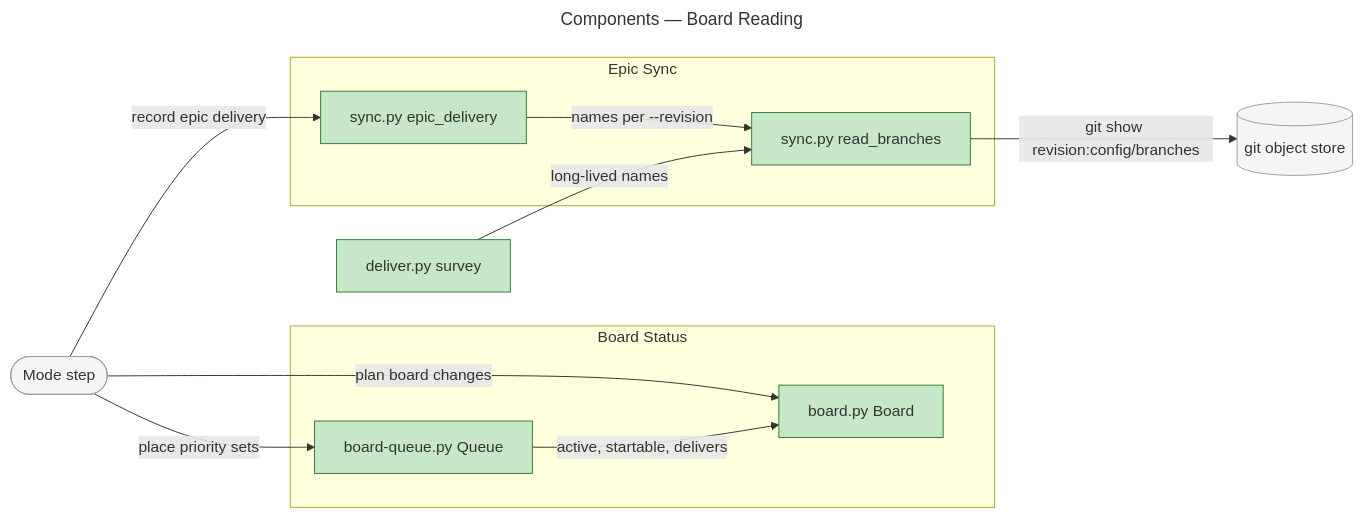
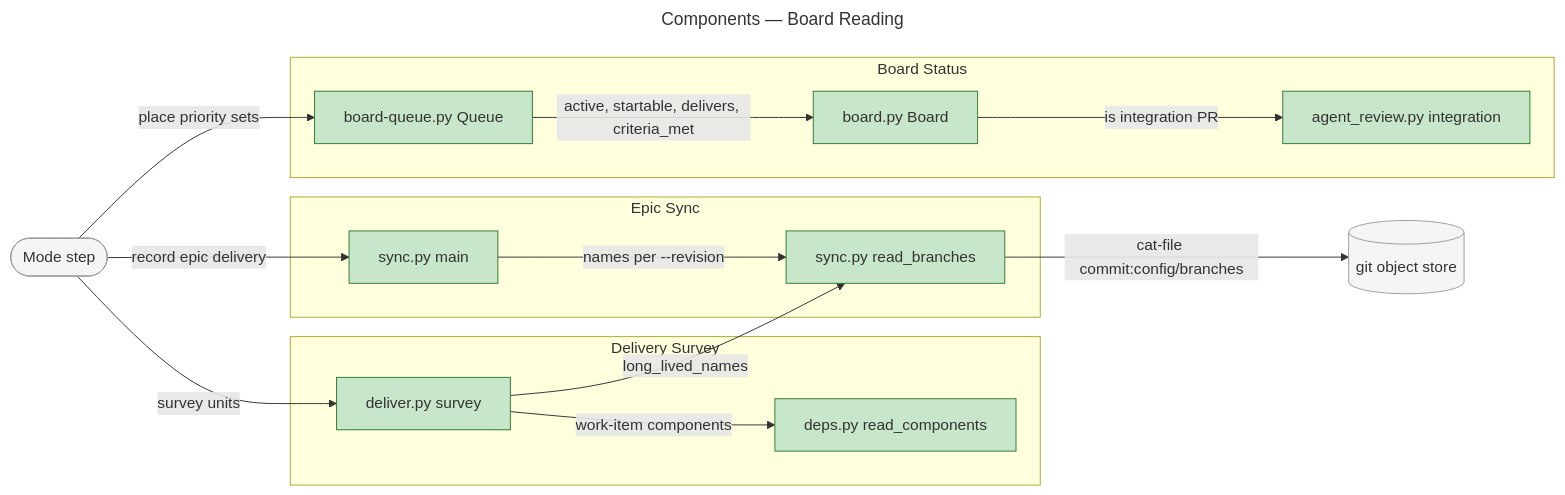
Before and after one commit to m2ux/workflow-server: the first of 4 diagrams in artifacts/planning/2026-11-01-1487-board-reading-delivery-activity/architecture-overview.md, drawn with Mermaid. The commit also changed other lines of this file and 4 other files, not shown here.

Commit message:
record the #1487 agent reviews and overview at 318850f2

````diff
--- a/artifacts/planning/2026-11-01-1487-board-reading-delivery-activity/architecture-overview.md
+++ b/artifacts/planning/2026-11-01-1487-board-reading-delivery-activity/architecture-overview.md
@@ -13,36 +13,45 @@
 ```mermaid
 ---
 title: Components — Board Reading
 ---
 flowchart LR
     Caller([Mode step])
 
     subgraph Board [Board Status]
+        Queue[board-queue.py Queue]
         BoardPy[board.py Board]
-        Queue[board-queue.py Queue]
+        Review[agent_review.py integration]
     end
 
     subgraph Sync [Epic Sync]
-        SyncPy[sync.py epic_delivery]
+        SyncMain[sync.py main]
         Branches[sync.py read_branches]
     end
 
-    Deliver[deliver.py survey]
+    subgraph Deliver [Delivery Survey]
+        Survey[deliver.py survey]
+        Deps[deps.py read_components]
+    end
+
     Git[(git object store)]
 
-    Caller -->|plan board changes| BoardPy
     Caller -->|place priority sets| Queue
-    Queue -->|active, startable, delivers| BoardPy
-    Caller -->|record epic delivery| SyncPy
-    SyncPy -->|names per --revision| Branches
-    Deliver -->|long-lived names| Branches
-    Branches -->|git show revision:config/branches| Git
+    Queue -->|active, startable, delivers, criteria_met| BoardPy
+    BoardPy -->|is integration PR| Review
+    Caller -->|record epic delivery| SyncMain
+    SyncMain -->|names per --revision| Branches
+    Caller -->|survey units| Survey
+    Survey -->|long_lived_names| Branches
+    Survey -->|work-item components| Deps
+    Branches -->|cat-file commit:config/branches| Git
 
+    style Queue fill:#c8e6c9,stroke:#2e7d32
     style BoardPy fill:#c8e6c9,stroke:#2e7d32
-    style Queue fill:#c8e6c9,stroke:#2e7d32
-    style SyncPy fill:#c8e6c9,stroke:#2e7d32
+    style Review fill:#c8e6c9,stroke:#2e7d32
+    style SyncMain fill:#c8e6c9,stroke:#2e7d32
     style Branches fill:#c8e6c9,stroke:#2e7d32
-    style Deliver fill:#c8e6c9,stroke:#2e7d32
+    style Survey fill:#c8e6c9,stroke:#2e7d32
+    style Deps fill:#c8e6c9,stroke:#2e7d32
     style Git fill:#f5f5f5,stroke:#9e9e9e
     style Caller fill:#f5f5f5,stroke:#9e9e9e
 ```
````
